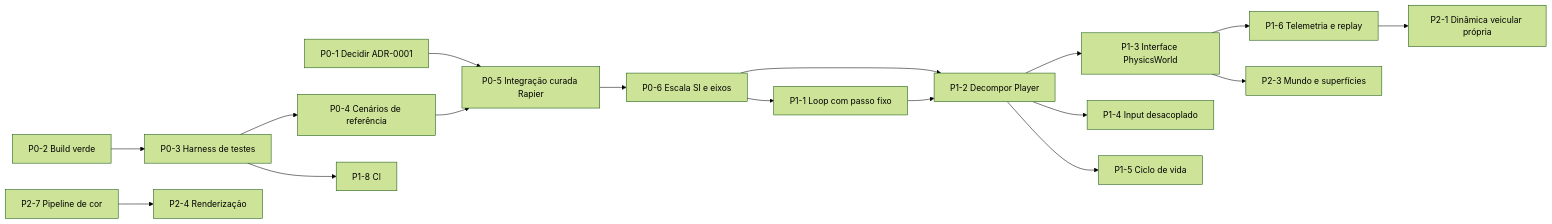
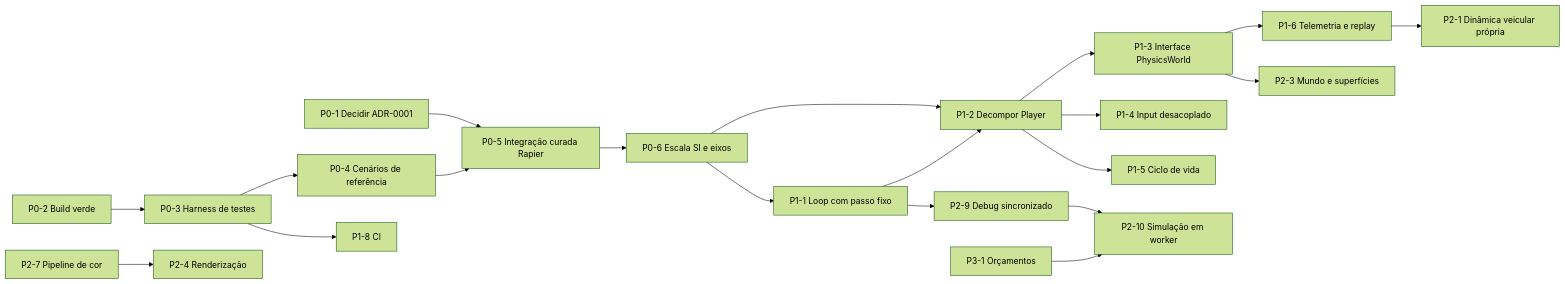
Before and after one commit to leo-pansonato/portfolio-three.js: the diagram in ROADMAP.md, drawn with Mermaid (forest theme). The commit also changed other lines of this file, not shown here.

Commit message:
docs(roadmap): P2-9 debug físico interpolado e P2-10 simulação em Web Worker

````diff
--- a/ROADMAP.md
+++ b/ROADMAP.md
@@ -20,19 +20,22 @@
 ```mermaid
 flowchart LR
     P01[P0-1 Decidir ADR-0001] --> P05[P0-5 Integração curada Rapier]
     P02[P0-2 Build verde] --> P03[P0-3 Harness de testes]
     P03 --> P04[P0-4 Cenários de referência]
     P04 --> P05
     P05 --> P06[P0-6 Escala SI e eixos]
     P03 --> P18[P1-8 CI]
     P06 --> P11[P1-1 Loop com passo fixo]
     P06 --> P12[P1-2 Decompor Player]
     P11 --> P12
     P12 --> P13[P1-3 Interface PhysicsWorld]
     P12 --> P14[P1-4 Input desacoplado]
     P12 --> P15[P1-5 Ciclo de vida]
     P13 --> P16[P1-6 Telemetria e replay]
     P16 --> P21[P2-1 Dinâmica veicular própria]
     P13 --> P23[P2-3 Mundo e superfícies]
     P27[P2-7 Pipeline de cor] --> P24[P2-4 Renderização]
+    P11 --> P29[P2-9 Debug sincronizado]
+    P29 --> P210[P2-10 Simulação em worker]
+    P31[P3-1 Orçamentos] --> P210
 ```
````
